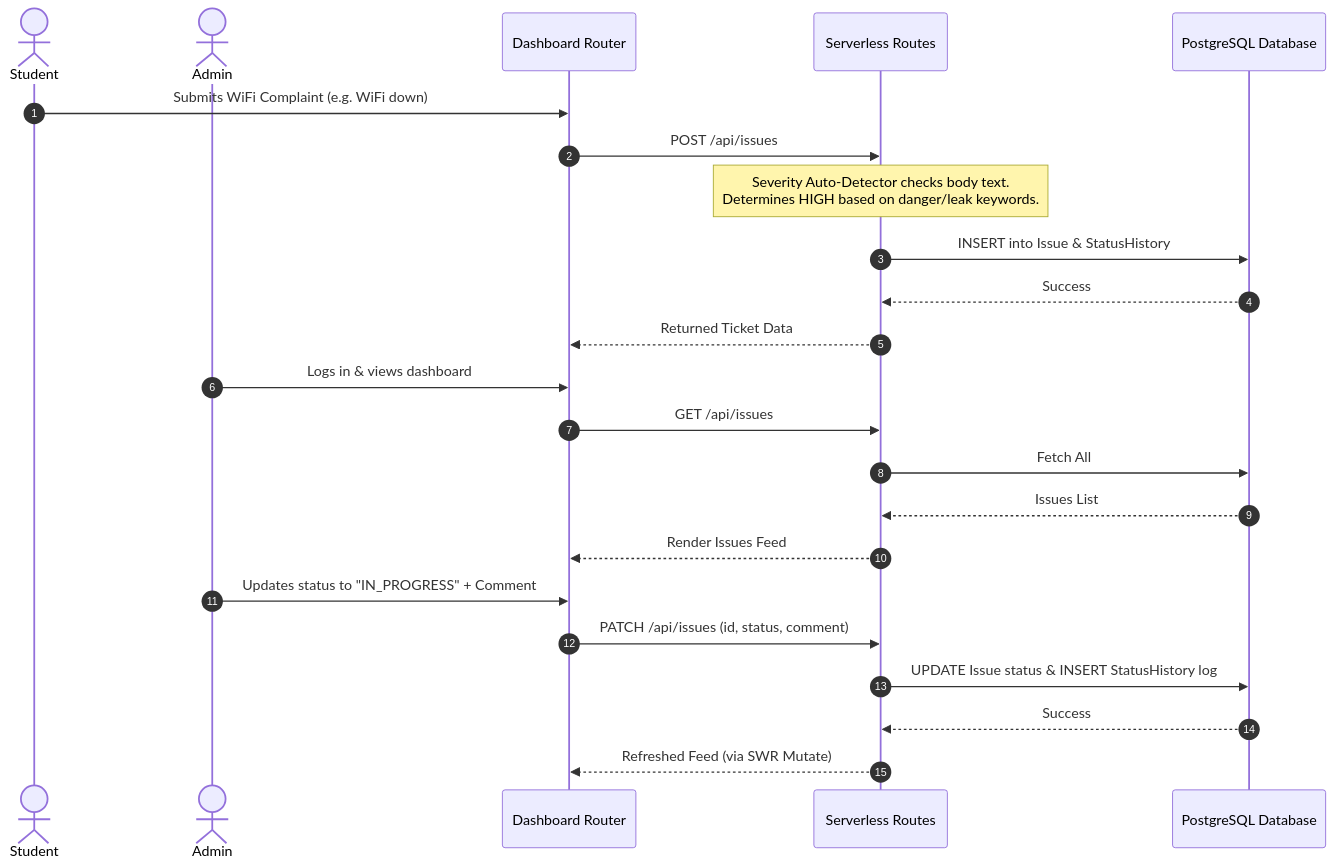
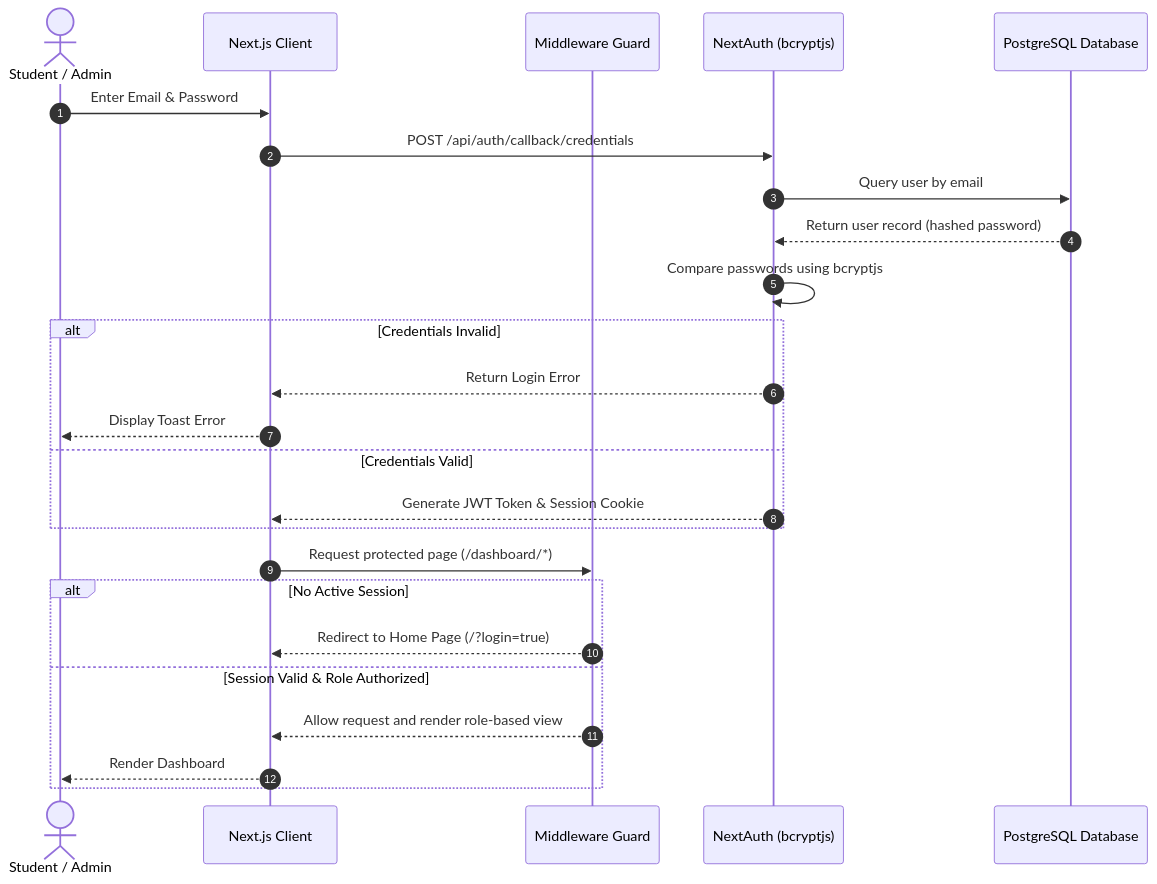
Before and after one commit to gauravbuildz/smart-campus-management: the second of 2 diagrams in README.md, drawn with Mermaid. The commit also changed other lines of this file and 5 other files, not shown here.

````diff
--- a/README.md
+++ b/README.md
@@ -284,28 +141,28 @@
 ```mermaid
 sequenceDiagram
-    autonumber
-    actor Student
-    actor Admin
-    participant App as Dashboard Router
-    participant API as Serverless Routes
-    participant DB as PostgreSQL Database
-    
-    Student->>App: Submits WiFi Complaint (e.g. WiFi down)
-    App->>API: POST /api/issues
-    Note over API: Severity Auto-Detector checks body text.<br/>Determines HIGH based on danger/leak keywords.
-    API->>DB: INSERT into Issue & StatusHistory
-    DB-->>API: Success
-    API-->>App: Returned Ticket Data
-    
-    Admin->>App: Logs in & views dashboard
-    App->>API: GET /api/issues
-    API->>DB: Fetch All
-    DB-->>API: Issues List
-    API-->>App: Render Issues Feed
-    
-    Admin->>App: Updates status to "IN_PROGRESS" + Comment
-    App->>API: PATCH /api/issues (id, status, comment)
-    API->>DB: UPDATE Issue status & INSERT StatusHistory log
-    DB-->>API: Success
-    API-->>App: Refreshed Feed (via SWR Mutate)
+    autonumber
+    actor User as Student / Admin
+    participant Client as Next.js Client
+    participant MW as Middleware Guard
+    participant Auth as NextAuth (bcryptjs)
+    participant DB as PostgreSQL Database
+
+    User->>Client: Enter Email & Password
+    Client->>Auth: POST /api/auth/callback/credentials
+    Auth->>DB: Query user by email
+    DB-->>Auth: Return user record (hashed password)
+    Auth->>Auth: Compare passwords using bcryptjs
+    alt Credentials Invalid
+        Auth-->>Client: Return Login Error
+        Client-->>User: Display Toast Error
+    else Credentials Valid
+        Auth-->>Client: Generate JWT Token & Session Cookie
+    end
+    Client->>MW: Request protected page (/dashboard/*)
+    alt No Active Session
+        MW-->>Client: Redirect to Home Page (/?login=true)
+    else Session Valid & Role Authorized
+        MW-->>Client: Allow request and render role-based view
+        Client-->>User: Render Dashboard
+    end
 ```
````
